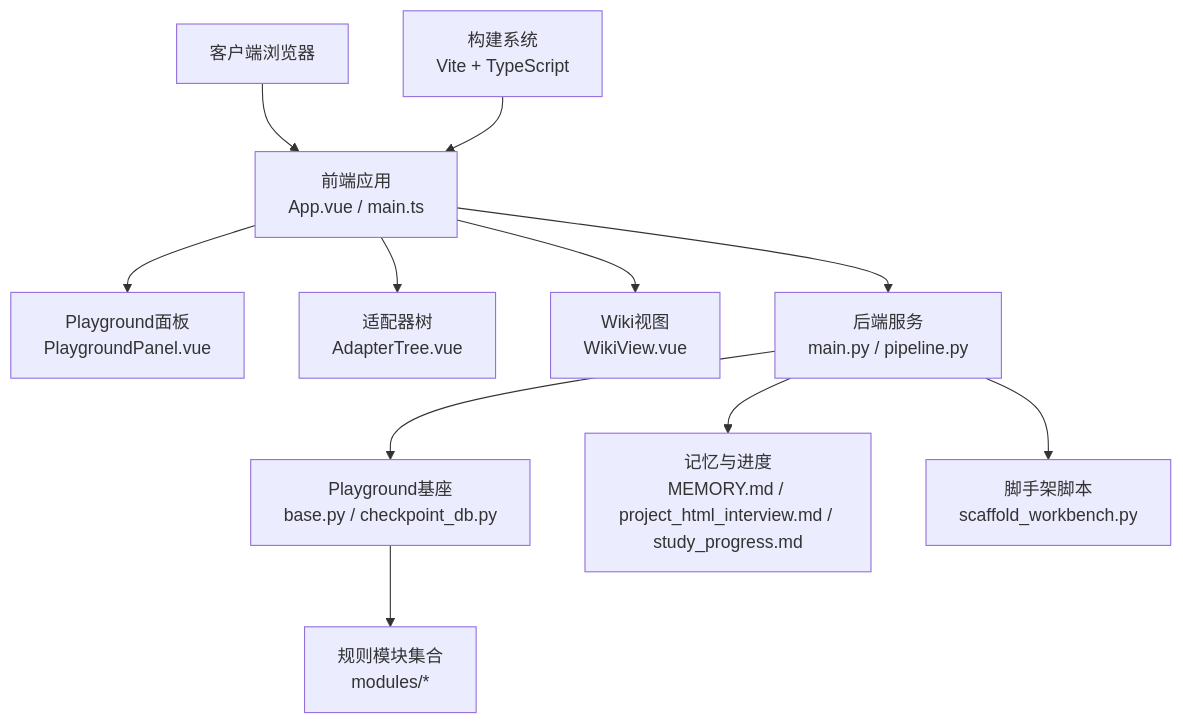
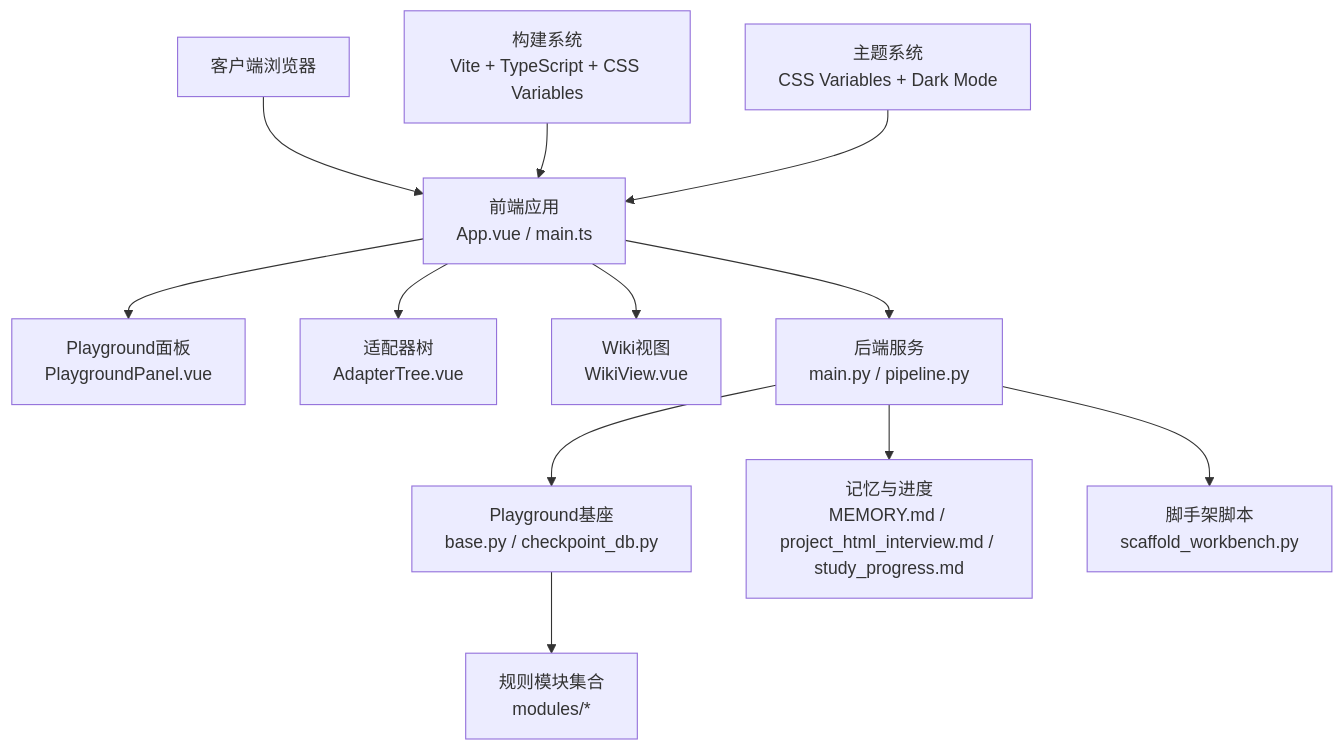
One commit to king-l6/agent_application_development changed the second of 4 diagrams in .qoder/repowiki/zh/content/智能体工程/智能体工作台开发.md. Above: the diagram before and after it, drawn with Mermaid. The commit also changed other lines of this file and 425 other files, not shown here.

````diff
--- a/.qoder/repowiki/zh/content/智能体工程/智能体工作台开发.md
+++ b/.qoder/repowiki/zh/content/智能体工程/智能体工作台开发.md
@@ -180,13 +192,14 @@
 ```mermaid
 graph TB
 Client["客户端浏览器"] --> Frontend["前端应用<br/>App.vue / main.ts"]
 Frontend --> Playground["Playground面板<br/>PlaygroundPanel.vue"]
 Frontend --> AdapterTree["适配器树<br/>AdapterTree.vue"]
 Frontend --> WikiView["Wiki视图<br/>WikiView.vue"]
 Frontend --> Backend["后端服务<br/>main.py / pipeline.py"]
 Backend --> PlaygroundBase["Playground基座<br/>base.py / checkpoint_db.py"]
 PlaygroundBase --> Modules["规则模块集合<br/>modules/*"]
 Backend --> Memory["记忆与进度<br/>MEMORY.md / project_html_interview.md / study_progress.md"]
 Backend --> Scaffold["脚手架脚本<br/>scaffold_workbench.py"]
-BuildSystem["构建系统<br/>Vite + TypeScript"] --> Frontend
+BuildSystem["构建系统<br/>Vite + TypeScript + CSS Variables"] --> Frontend
+ThemeSystem["主题系统<br/>CSS Variables + Dark Mode"] --> Frontend
 ```
````
